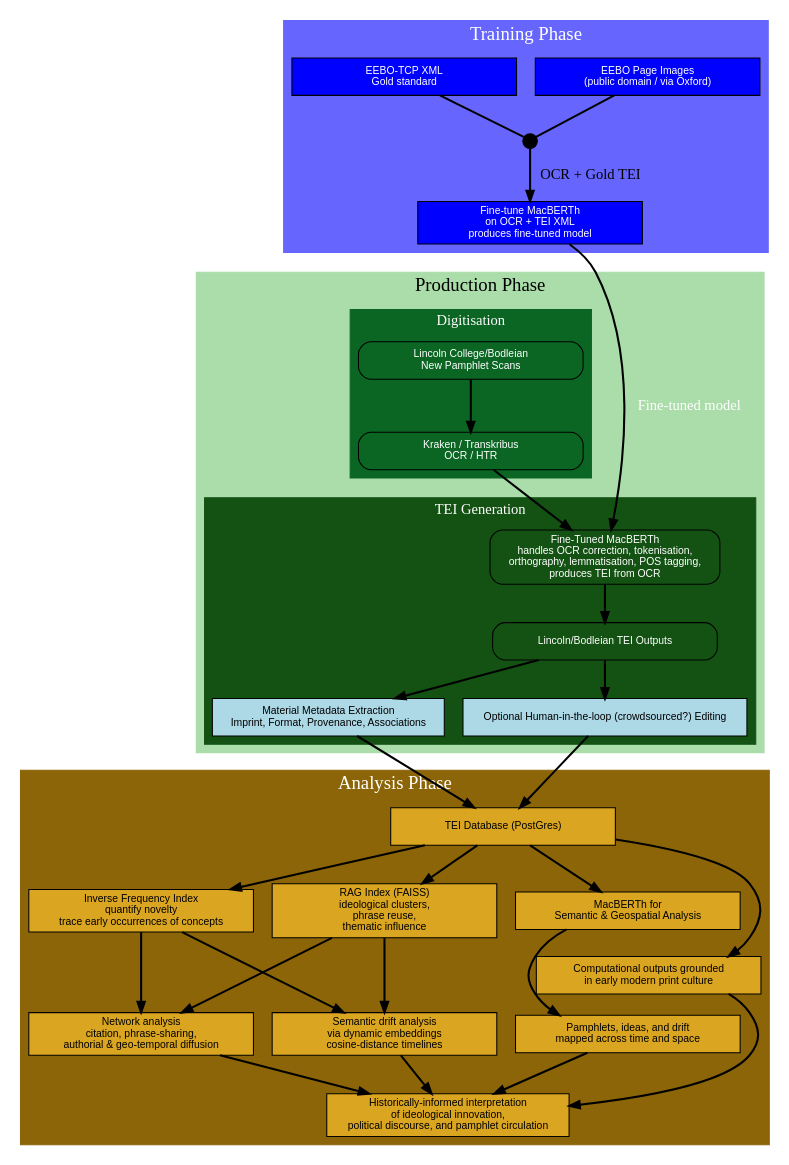
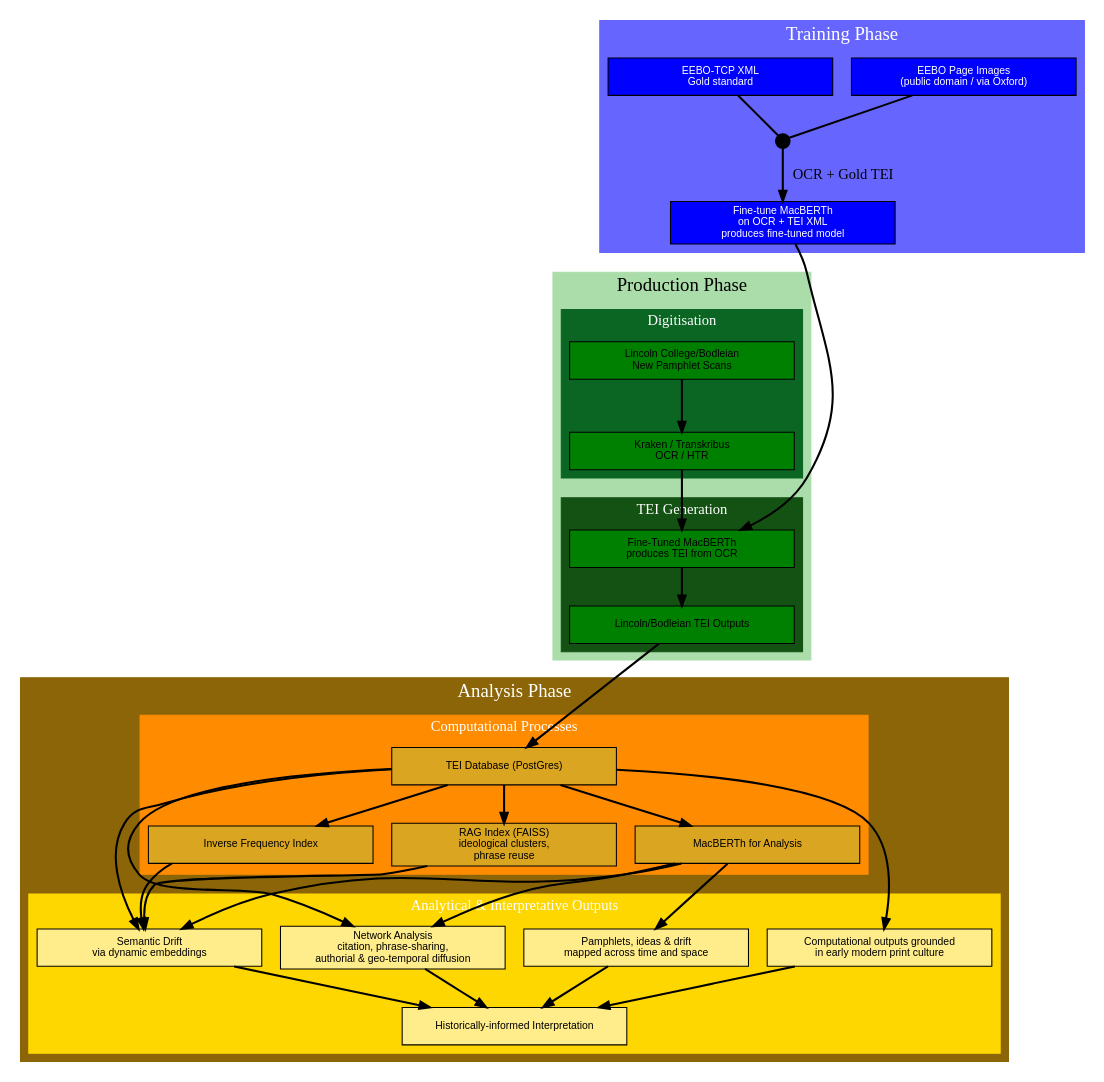
Before and after one commit to leegee/mutatis-mutandis: the diagram in graph.dot, drawn with Graphviz. The commit also changed 5 other files, not shown here.

```diff
--- a/graph.dot
+++ b/graph.dot
@@ -1,135 +1,145 @@
 digraph pamphlet_pipeline {
-    rankdir=TB;
+    rankdir=TB;  // top-to-bottom layout
     node [shape=box, style=rounded, fontname="Helvetica", width=3, fixedsize=false, fontsize=10, labelloc=c, align=center];
 
     // ========================
     // Training phase cluster
     // ========================
     subgraph cluster_training {
         label="Training Phase";
         fontsize=18;
         style=filled;
         color="#6666FF";
         fontcolor=white;
         node [style=filled, fillcolor=blue, fontcolor=white, width=3, fixedsize=false, fontsize=10, labelloc=c, align=center];
 
         EEBO_images [label="EEBO Page Images\n(public domain / via Oxford)"];
         EEBO_TEI_XML [label="EEBO-TCP XML\nGold standard"];
         MacBERTh_training [label="Fine-tune MacBERTh\non OCR + TEI XML\nproduces fine-tuned model"];
 
         // Merge node
         merge_training [label="", shape=circle, width=0.2, fixedsize=true, style=filled, fillcolor=black];
     }
 
     // ========================
     // Production phase cluster
     // ========================
     subgraph cluster_production {
         label="Production Phase";
         fontsize=18;
         style=filled;
         color="#AADDAA";
         fontcolor=black;
 
         // --- Subgraph: Digitisation ---
         subgraph cluster_digitisation {
             label="Digitisation";
             fontsize=14;
             fontcolor=white;
             style=filled;
             color="#0b6623";
-            rankdir=LR;
+            node [style=filled, fillcolor=green, fontcolor=black];
 
-            Lincoln_scans [fontcolor=white, label="Lincoln College/Bodleian\nNew Pamphlet Scans"];
-            OCR_tool [fontcolor=white, label="Kraken / Transkribus\nOCR / HTR"];
+            Lincoln_scans [label="Lincoln College/Bodleian\nNew Pamphlet Scans"];
+            OCR_tool [label="Kraken / Transkribus\nOCR / HTR"];
         }
 
         // --- Subgraph: TEI Generation ---
         subgraph cluster_tei_generation {
             label="TEI Generation";
             fontsize=14;
             fontcolor=white;
             style=filled;
             color="#145214";
-            rankdir=LR;
+            node [style=filled, fillcolor=green, fontcolor=black];
 
-            MacBERTh_TEI [fontcolor=white, label="Fine-Tuned MacBERTh\nhandles OCR correction, tokenisation,\northography, lemmatisation, POS tagging,\nproduces TEI from OCR"];
-            Lincoln_TEI [fontcolor=white, label="Lincoln/Bodleian TEI Outputs"];
-
-            Metadata_extraction [label="Material Metadata Extraction\nImprint, Format, Provenance, Associations", style=filled, fillcolor=lightblue, fontcolor=black];
-            WYSIWYG [label="Optional Human-in-the-loop (crowdsourced?) Editing", style=filled, fillcolor=lightblue, fontcolor=black];
+            MacBERTh_TEI [label="Fine-Tuned MacBERTh\nproduces TEI from OCR"];
+            Lincoln_TEI [label="Lincoln/Bodleian TEI Outputs"];
         }
     }
 
     // ========================
     // Analysis phase cluster
     // ========================
     subgraph cluster_analysis {
         label="Analysis Phase";
         fontsize=18;
         style=filled;
         color=darkgoldenrod4;
         fontcolor=white;
-        node [style=filled, fillcolor=goldenrod, fontcolor=black, width=3, fixedsize=false, fontsize=10, labelloc=c, align=center];
 
-        MacBERTh_analysis [label="MacBERTh for\nSemantic & Geospatial Analysis"];
-        DB [label="TEI Database (PostGres)"];
-        IFI [label="Inverse Frequency Index\nquantify novelty\ntrace early occurrences of concepts"];
-        RAG_index [label="RAG Index (FAISS)\nideological clusters,\nphrase reuse,\nthematic influence"];
-        
-        Semantic_drift [label="Semantic drift analysis\nvia dynamic embeddings\ncosine-distance timelines"];
-        Network_analysis [label="Network analysis\ncitation, phrase-sharing,\nauthorial & geo-temporal diffusion"];
-        Geo_temporal_mapping [label="Pamphlets, ideas, and drift\nmapped across time and space"];
-        Historical_context [label="Computational outputs grounded\nin early modern print culture"];
-        Interpretation [label="Historically-informed interpretation\nof ideological innovation,\npolitical discourse, and pamphlet circulation"];
+        // --- Computational Processes ---
+        subgraph cluster_computation {
+            label="Computational Processes";
+            fontsize=14;
+            style=filled;
+            color=darkorange;
+            node [style=filled, fillcolor=goldenrod, fontcolor=black];
+
+            MacBERTh_analysis [label="MacBERTh for Analysis"];
+            DB [label="TEI Database (PostGres)"];
+            IFI [label="Inverse Frequency Index"];
+            RAG_index [label="RAG Index (FAISS)\nideological clusters,\nphrase reuse"];
+        }
+
+        // --- Analytical / Interpretative Outputs ---
+        subgraph cluster_outputs {
+            label="Analytical & Interpretative Outputs";
+            fontsize=14;
+            style=filled;
+            color=gold;
+            node [style=filled, fillcolor=lightgoldenrod1, fontcolor=black];
+
+            Semantic_drift [label="Semantic Drift\nvia dynamic embeddings"];
+            Network_analysis [label="Network Analysis\ncitation, phrase-sharing,\nauthorial & geo-temporal diffusion"];
+            Geo_temporal_mapping [label="Pamphlets, ideas & drift\nmapped across time and space"];
+            Historical_context [label="Computational outputs grounded\nin early modern print culture"];
+            Interpretation [label="Historically-informed Interpretation"];
+        }
+
+        // --- Edges from computational processes to outputs ---
+        MacBERTh_analysis -> Semantic_drift [penwidth=2];
+        MacBERTh_analysis -> Network_analysis [penwidth=2];
+        DB -> Semantic_drift [penwidth=2];
+        DB -> Network_analysis [penwidth=2];
+        IFI -> Semantic_drift [penwidth=2];
+        RAG_index -> Semantic_drift [penwidth=2];
+
+        MacBERTh_analysis -> Geo_temporal_mapping [penwidth=2];
+        DB -> Historical_context [penwidth=2];
+
+        Semantic_drift -> Interpretation [penwidth=2];
+        Network_analysis -> Interpretation [penwidth=2];
+        Geo_temporal_mapping -> Interpretation [penwidth=2];
+        Historical_context -> Interpretation [penwidth=2];
     }
 
     // ========================
     // Training edges
     // ========================
     EEBO_images -> merge_training  [arrowhead=none, penwidth=2];
     EEBO_TEI_XML -> merge_training  [arrowhead=none, penwidth=2];
     merge_training -> MacBERTh_training [penwidth=2, style=solid, label="OCR + Gold TEI"];
 
     // ========================
     // Production edges
     // ========================
     Lincoln_scans -> OCR_tool [fontcolor=black, penwidth=2];
     OCR_tool -> MacBERTh_TEI [fontcolor=black, penwidth=2];
     MacBERTh_training -> MacBERTh_TEI [label="Fine-tuned model", fontcolor=white, penwidth=2];
     MacBERTh_TEI -> Lincoln_TEI [fontcolor=black, penwidth=2];
 
-    Lincoln_TEI -> Metadata_extraction [penwidth=2];
-    Lincoln_TEI -> WYSIWYG [penwidth=2];
-    Metadata_extraction -> DB [penwidth=2];
-    WYSIWYG -> DB [penwidth=2];
-
     // ========================
     // Analysis edges
     // ========================
-    DB -> MacBERTh_analysis [fontcolor=black, penwidth=2];
+    Lincoln_TEI -> DB [penwidth=2];
+    DB -> MacBERTh_analysis [penwidth=2];
     DB -> RAG_index [penwidth=2];
     DB -> IFI [penwidth=2];
-
-    // Outputs / use cases edges
-    IFI -> Semantic_drift [penwidth=2];
-    RAG_index -> Semantic_drift [penwidth=2];
-
-    IFI -> Network_analysis [penwidth=2];
-    RAG_index -> Network_analysis [penwidth=2];
-
-    MacBERTh_analysis -> Geo_temporal_mapping [penwidth=2];
-    DB -> Historical_context [penwidth=2];
-
-    Semantic_drift -> Interpretation [penwidth=2];
-    Network_analysis -> Interpretation [penwidth=2];
-    Geo_temporal_mapping -> Interpretation [penwidth=2];
-    Historical_context -> Interpretation [penwidth=2];
 
     // ========================
     // Invisible edges to enforce vertical order
     // ========================
     MacBERTh_training -> Lincoln_scans [style=invis];
     Lincoln_TEI -> MacBERTh_analysis [style=invis];
-    MacBERTh_analysis -> Semantic_drift [style=invis];
 }
```
